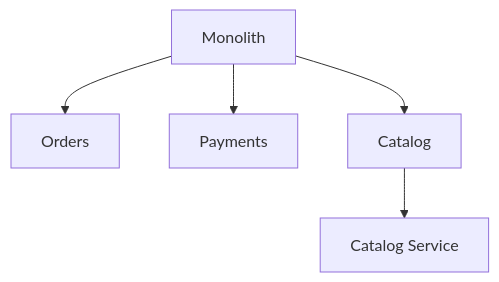
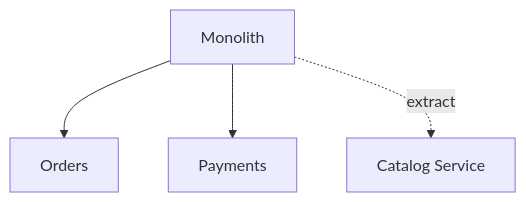
Before and after one commit to mytheondev/mytheondev: the fifth of 6 diagrams in src/content/blog/when-to-build-a-monolith-and-when-you-need-microservices.es.md, drawn with Mermaid. The commit also changed other lines of this file and 33 other files, not shown here.

````diff
--- a/src/content/blog/when-to-build-a-monolith-and-when-you-need-microservices.es.md
+++ b/src/content/blog/when-to-build-a-monolith-and-when-you-need-microservices.es.md
@@ -421,7 +227,7 @@
 ```mermaid
 flowchart TD
   Mono[Monolith] --> Orders
   Mono --> Payments
-  Mono --> Catalog
-  Catalog --> CatalogSvc[Catalog Service]
+  CatalogSvc[Catalog Service]
+  Mono -.->|extract| CatalogSvc
 ```
````
